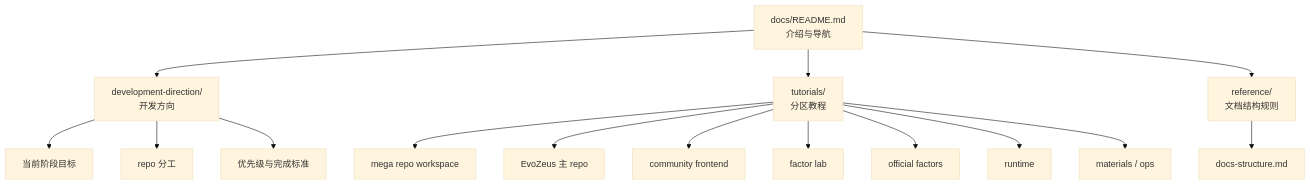
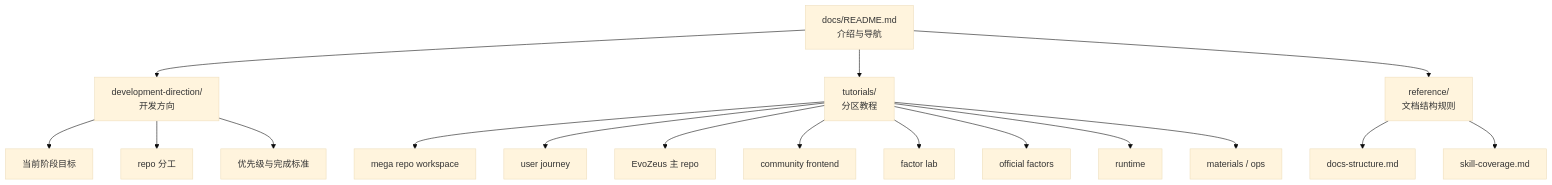
One commit to MetaInFLow/EvoZeus-MegaRepo changed the diagram in docs/README.md. Above: the diagram before and after it, drawn with Mermaid (base theme). The commit also changed other lines of this file and 12 other files, not shown here.

Commit message:
Document EvoZeus lifecycle repo boundaries (#1)

````diff
--- a/docs/README.md
+++ b/docs/README.md
@@ -57,20 +57,22 @@
 ```mermaid
 flowchart TB
   A["docs/README.md<br/>介绍与导航"] --> B["development-direction/<br/>开发方向"]
   A --> C["tutorials/<br/>分区教程"]
   A --> D["reference/<br/>文档结构规则"]
 
   B --> B1["当前阶段目标"]
   B --> B2["repo 分工"]
   B --> B3["优先级与完成标准"]
 
   C --> C1["mega repo workspace"]
-  C --> C2["EvoZeus 主 repo"]
-  C --> C3["community frontend"]
-  C --> C4["factor lab"]
-  C --> C5["official factors"]
-  C --> C6["runtime"]
-  C --> C7["materials / ops"]
+  C --> C2["user journey"]
+  C --> C3["EvoZeus 主 repo"]
+  C --> C4["community frontend"]
+  C --> C5["factor lab"]
+  C --> C6["official factors"]
+  C --> C7["runtime"]
+  C --> C8["materials / ops"]
 
   D --> D1["docs-structure.md"]
+  D --> D2["skill-coverage.md"]
 ```
````
